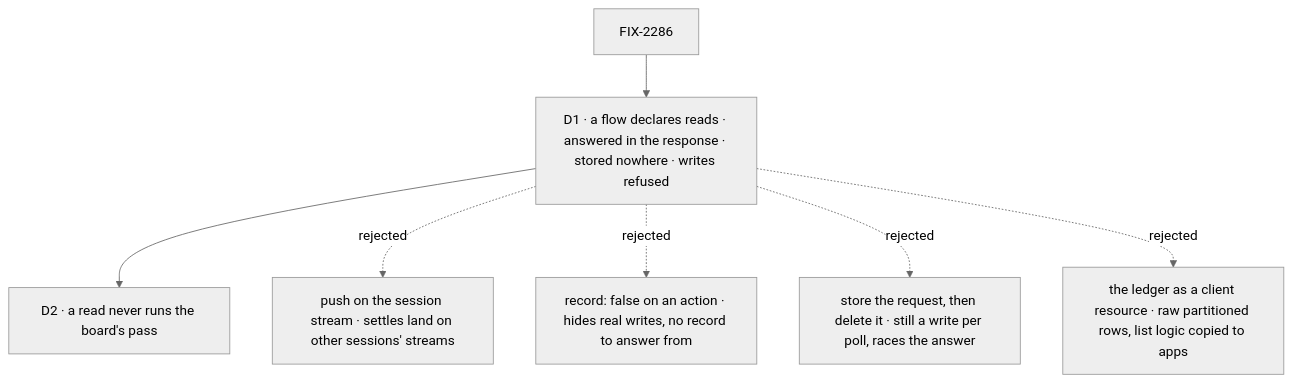
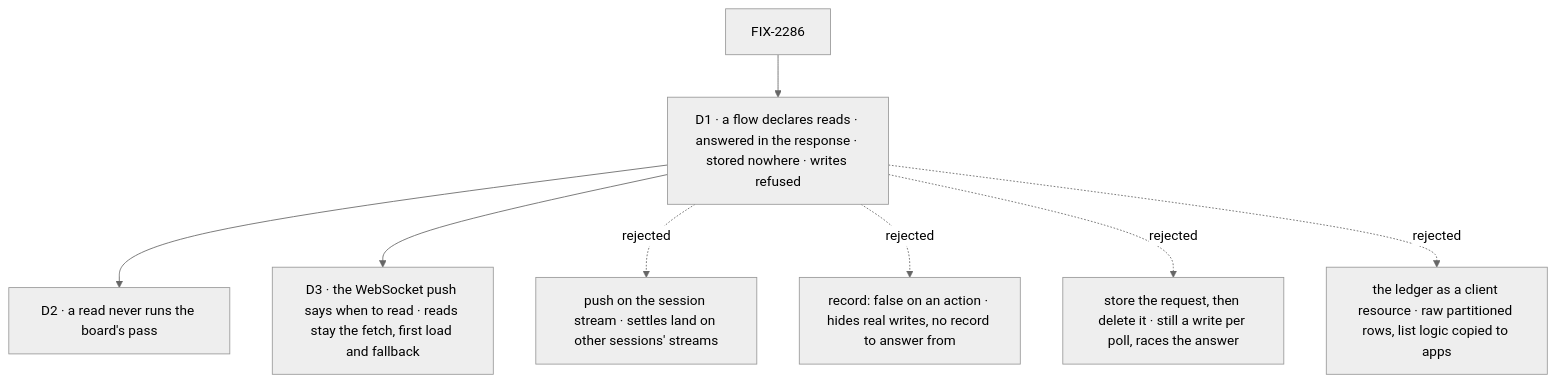
The diagram in specs/issues/FIX-2286/DECISIONS.md (fixpoint-labs/flow-state-dev), drawn with Mermaid (neutral theme) before and after one commit. The commit also changed other lines of this file and 1 other file, not shown here.

First line of the commit message:
FIX-2286 spec: D3, reads are the fetch the WebSocket push's notices trigger

````diff
--- a/specs/issues/FIX-2286/DECISIONS.md
+++ b/specs/issues/FIX-2286/DECISIONS.md
@@ -10,9 +10,10 @@
 ```mermaid
 flowchart TD
   I["FIX-2286"] --> D1["D1 · a flow declares reads · answered in the response · stored nowhere · writes refused"]
   D1 --> D2["D2 · a read never runs the board's pass"]
+  D1 --> D3["D3 · the WebSocket push says when to read · reads stay the fetch, first load and fallback"]
   D1 -.->|"rejected"| X1["push on the session stream · settles land on other sessions' streams"]
   D1 -.->|"rejected"| X2["record: false on an action · hides real writes, no record to answer from"]
   D1 -.->|"rejected"| X3["store the request, then delete it · still a write per poll, races the answer"]
   D1 -.->|"rejected"| X4["the ledger as a client resource · raw partitioned rows, list logic copied to apps"]
 ```
````
